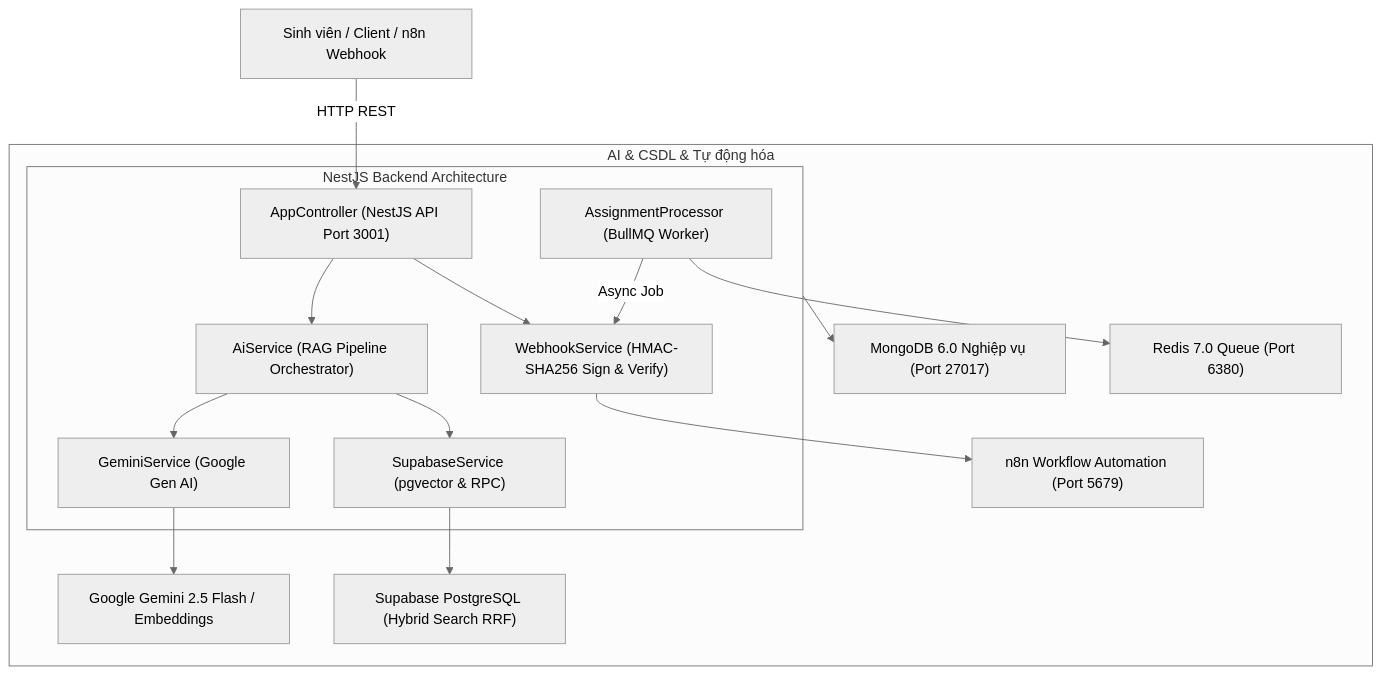
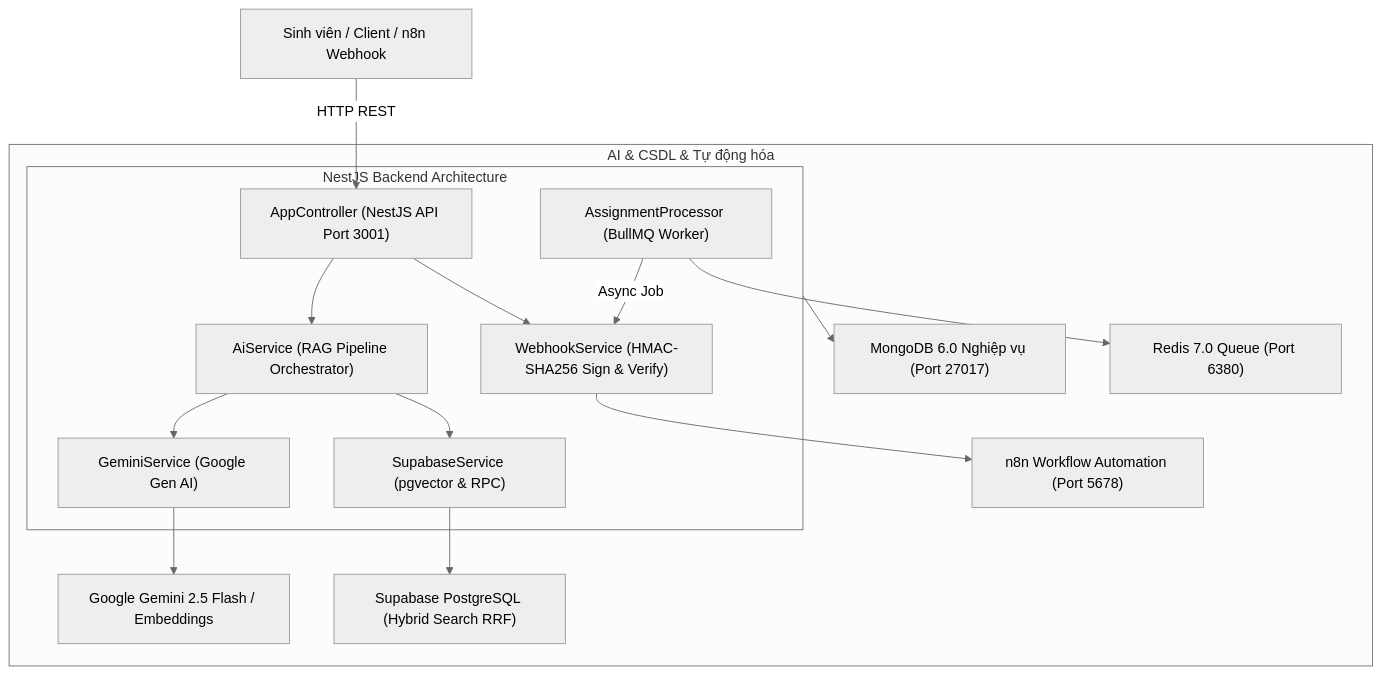
The diagram in README.md (longtapdanhcode/project_N8N), drawn with Mermaid (neutral theme) before and after one commit. The commit also changed other lines of this file and 10 other files, not shown here.

````diff
--- a/README.md
+++ b/README.md
@@ -30,22 +30,22 @@
 ```mermaid
 flowchart TD
     Client["Sinh viên / Client / n8n Webhook"] -->|HTTP REST| API["AppController (NestJS API Port 3001)"]
 
     subgraph CoreBackend ["NestJS Backend Architecture"]
         API --> AiService["AiService (RAG Pipeline Orchestrator)"]
         API --> WebhookService["WebhookService (HMAC-SHA256 Sign & Verify)"]
 
         AiService --> GeminiService["GeminiService (Google Gen AI)"]
         AiService --> SupabaseService["SupabaseService (pgvector & RPC)"]
 
         AssignmentProcessor["AssignmentProcessor (BullMQ Worker)"] -->|Async Job| WebhookService
     end
 
     subgraph DataAndAI ["AI & CSDL & Tự động hóa"]
         GeminiService --> GoogleAI["Google Gemini 2.5 Flash / Embeddings"]
         SupabaseService --> SupabaseCloud["Supabase PostgreSQL (Hybrid Search RRF)"]
-        WebhookService --> N8N["n8n Workflow Automation (Port 5679)"]
+        WebhookService --> N8N["n8n Workflow Automation (Port 5678)"]
         AssignmentProcessor --> Redis["Redis 7.0 Queue (Port 6380)"]
         CoreBackend --> Mongo["MongoDB 6.0 Nghiệp vụ (Port 27017)"]
     end
 ```
````
